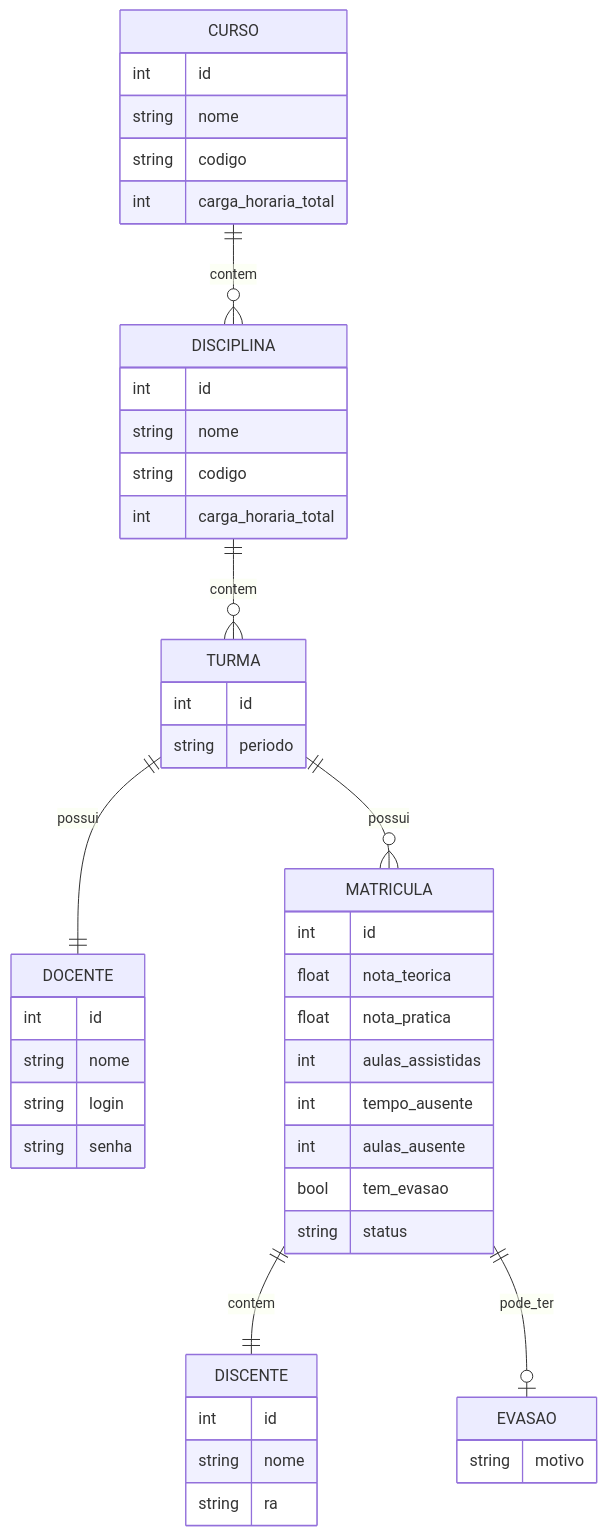
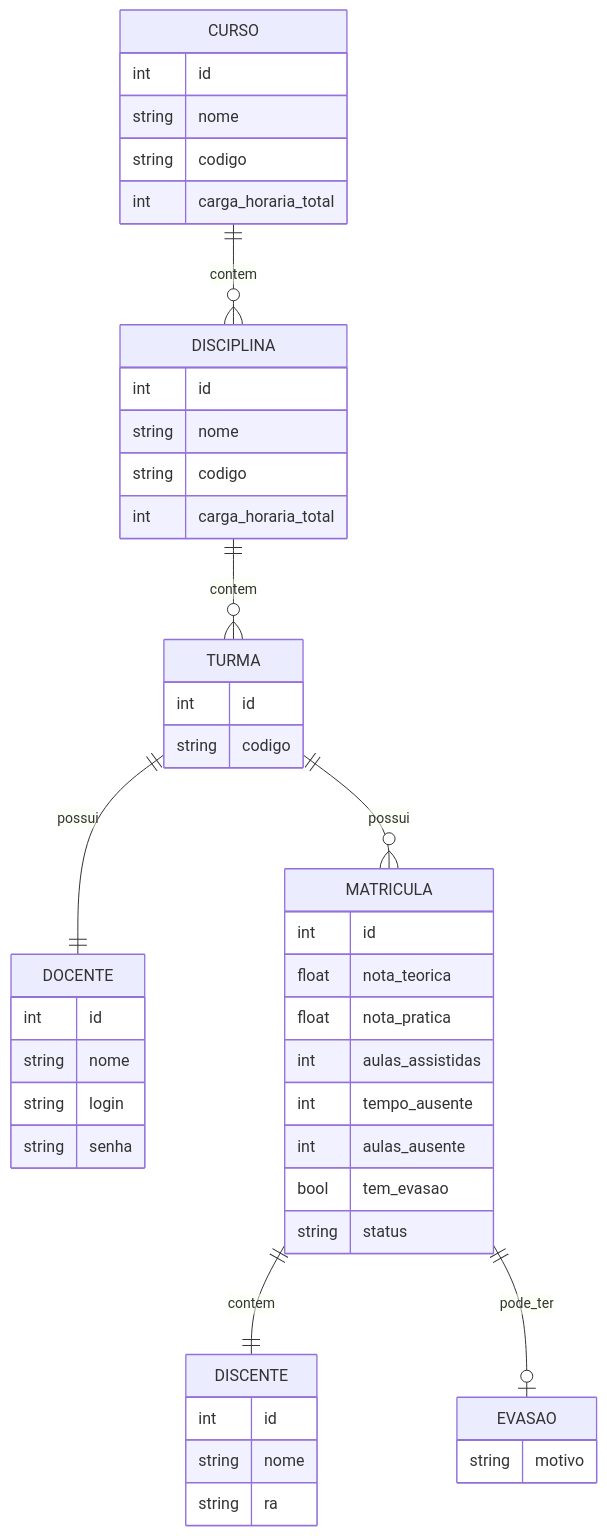
Before and after one commit to JVKW/DiagEPT_LP: the diagram in _docs/structs_diagram.mermaid, drawn with Mermaid. The commit also changed 13 other files, not shown here.

```diff
--- a/_docs/structs_diagram.mermaid
+++ b/_docs/structs_diagram.mermaid
@@ -1,53 +1,53 @@
 erDiagram
     CURSO ||--o{ DISCIPLINA : contem
     DISCIPLINA ||--o{ TURMA : contem
     TURMA ||--|| DOCENTE : possui
     TURMA ||--o{ MATRICULA : possui
     MATRICULA ||--|| DISCENTE : contem
     MATRICULA ||--o| EVASAO : pode_ter
 
     CURSO {
         int id
         string nome
         string codigo
         int carga_horaria_total
     }
     DISCIPLINA {
         int id
         string nome
         string codigo
         int carga_horaria_total
     }
 
     TURMA {
         int id
-        string periodo
+        string codigo
     }
 
     DOCENTE {
         int id
         string nome
         string login
         string senha
     }
 
     MATRICULA {
         int id
         float nota_teorica
         float nota_pratica
         int aulas_assistidas
         int tempo_ausente
         int aulas_ausente
         bool tem_evasao
         string status
     }
 
     DISCENTE {
         int id
         string nome
         string ra
     }
 
     EVASAO {
         string motivo
     }
```
